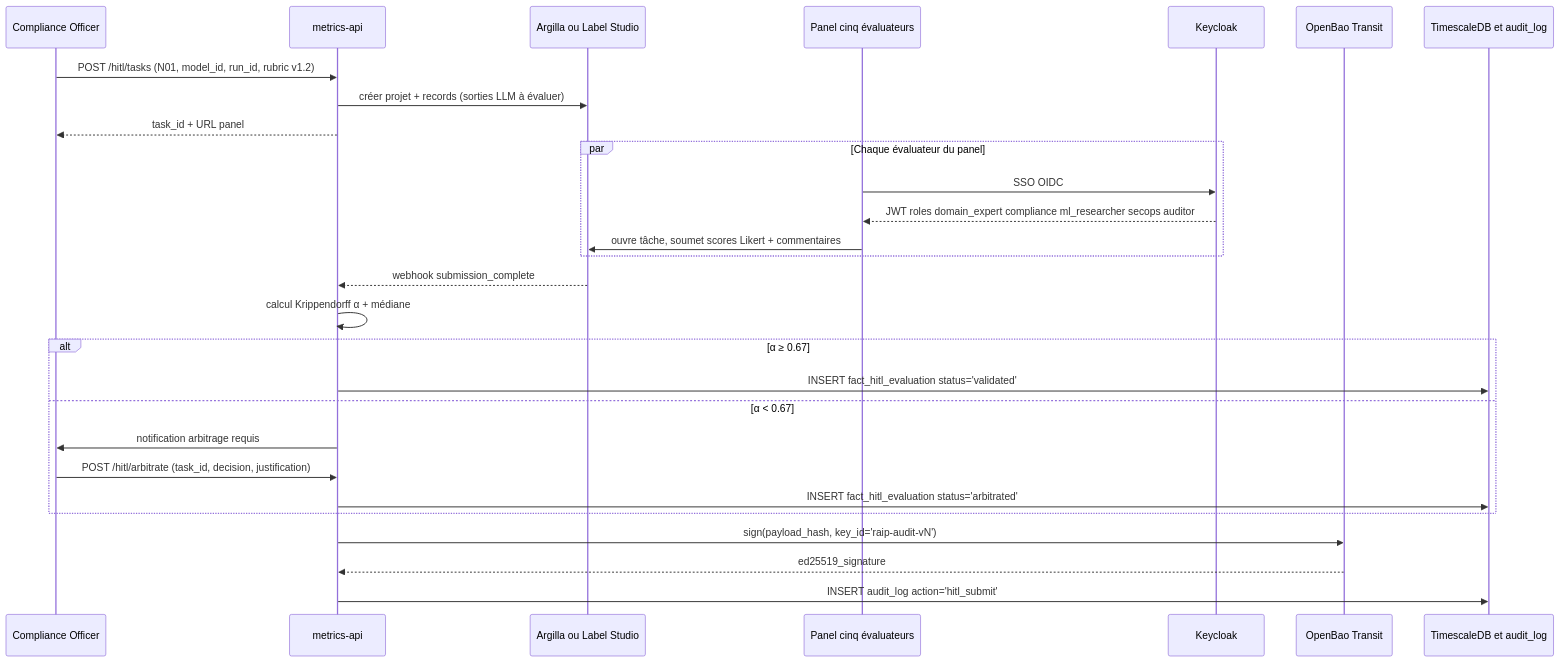
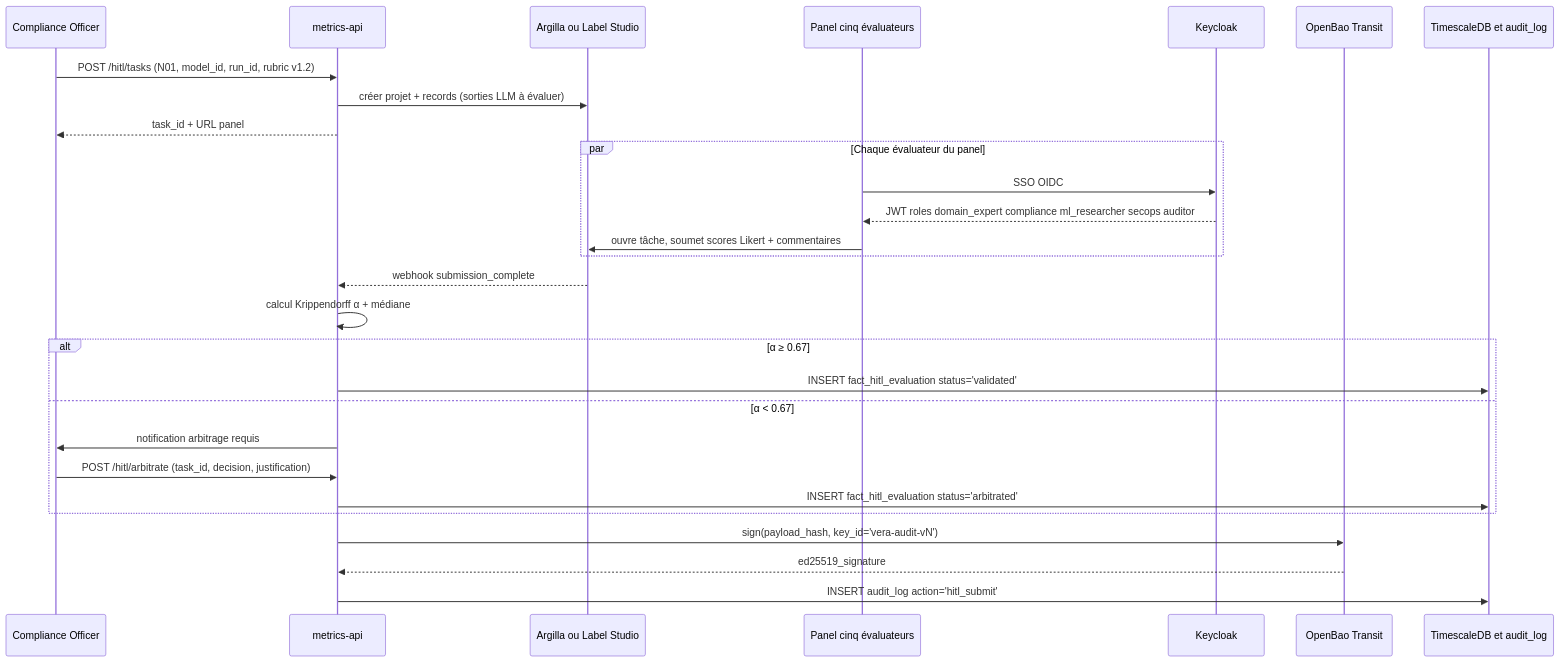
The third of 5 diagrams in docs/MVP3_dashboards_rbac.md (Rqbln/VERA), drawn with Mermaid before and after one commit. The commit also changed other lines of this file and 26 other files, not shown here.

Commit message:
docs: rename RAIP -> VERA across documentation and report

````diff
--- a/docs/MVP3_dashboards_rbac.md
+++ b/docs/MVP3_dashboards_rbac.md
@@ -245,31 +245,31 @@
 ```mermaid
 sequenceDiagram
     participant CO as Compliance Officer
     participant API as metrics-api
     participant ARG as Argilla ou Label Studio
     participant P as Panel cinq évaluateurs
     participant K as Keycloak
     participant V as OpenBao Transit
     participant DB as TimescaleDB et audit_log
 
     CO->>API: POST /hitl/tasks (N01, model_id, run_id, rubric v1.2)
     API->>ARG: créer projet + records (sorties LLM à évaluer)
     API-->>CO: task_id + URL panel
     par Chaque évaluateur du panel
         P->>K: SSO OIDC
         K-->>P: JWT roles domain_expert compliance ml_researcher secops auditor
         P->>ARG: ouvre tâche, soumet scores Likert + commentaires
     end
     ARG-->>API: webhook submission_complete
     API->>API: calcul Krippendorff α + médiane
     alt α ≥ 0.67
         API->>DB: INSERT fact_hitl_evaluation status='validated'
     else α < 0.67
         API->>CO: notification arbitrage requis
         CO->>API: POST /hitl/arbitrate (task_id, decision, justification)
         API->>DB: INSERT fact_hitl_evaluation status='arbitrated'
     end
-    API->>V: sign(payload_hash, key_id='raip-audit-vN')
+    API->>V: sign(payload_hash, key_id='vera-audit-vN')
     V-->>API: ed25519_signature
     API->>DB: INSERT audit_log action='hitl_submit'
 ```
````
